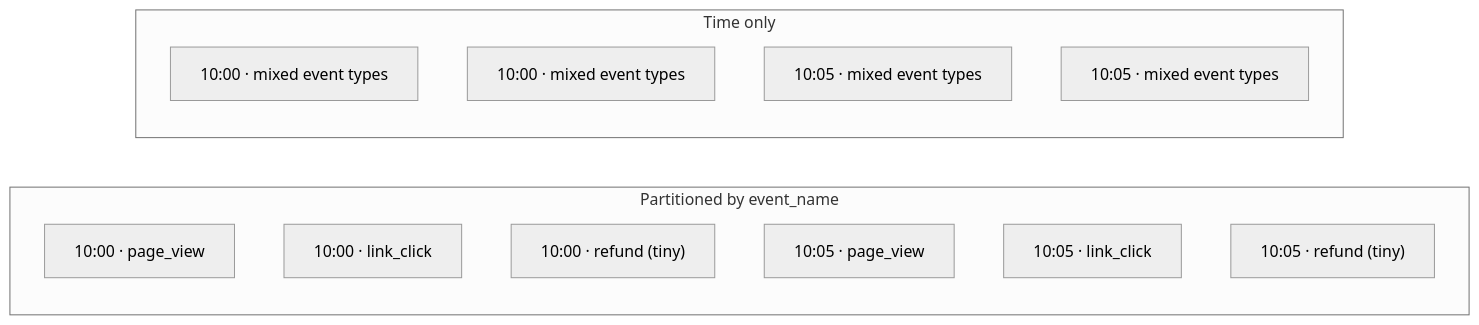
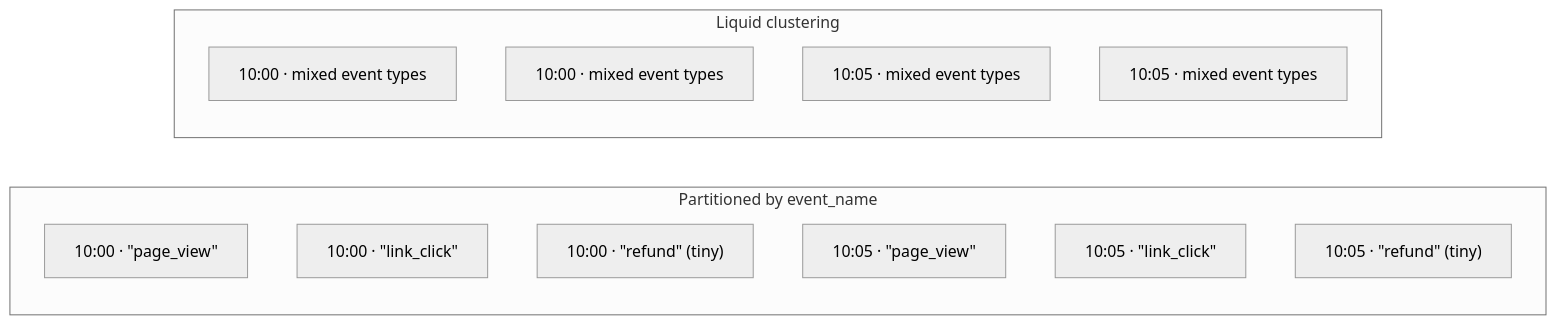
Before and after one commit to snowplow/documentation: the diagram in docs/api-reference/loaders-storage-targets/lake-loader/table-layout/index.md, drawn with Mermaid (neutral theme). The commit also changed other lines of this file and 3 other files, not shown here.

First line of the commit message:
Address product review: name the layout liquid clustering

````diff
--- a/docs/api-reference/loaders-storage-targets/lake-loader/table-layout/index.md
+++ b/docs/api-reference/loaders-storage-targets/lake-loader/table-layout/index.md
@@ -41,19 +41,19 @@
 ```mermaid
 flowchart LR
   subgraph p["Partitioned by event_name"]
     direction TB
-    p1["10:00 · page_view"]
-    p2["10:00 · link_click"]
-    p3["10:00 · refund (tiny)"]
-    p4["10:05 · page_view"]
-    p5["10:05 · link_click"]
-    p6["10:05 · refund (tiny)"]
+    p1["10:00 · #quot;page_view#quot;"]
+    p2["10:00 · #quot;link_click#quot;"]
+    p3["10:00 · #quot;refund#quot; (tiny)"]
+    p4["10:05 · #quot;page_view#quot;"]
+    p5["10:05 · #quot;link_click#quot;"]
+    p6["10:05 · #quot;refund#quot; (tiny)"]
   end
-  subgraph t["Time only"]
+  subgraph t["Liquid clustering"]
     direction TB
     t1["10:00 · mixed event types"]
     t2["10:00 · mixed event types"]
     t3["10:05 · mixed event types"]
     t4["10:05 · mixed event types"]
   end
 ```
````
